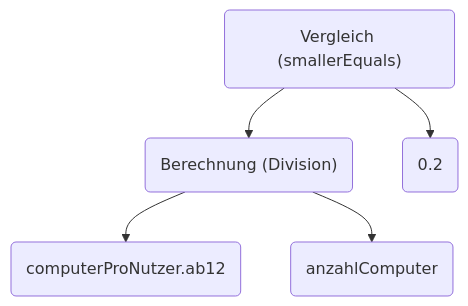
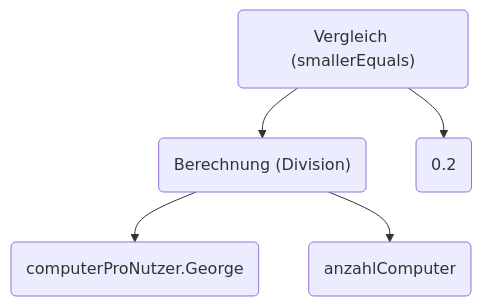
The diagram in docs/3. Komplexere Regeln/08_mathematik.md (educorvi/rita_einfuehrung), drawn with Mermaid before and after one commit. The commit also changed other lines of this file and 10 other files, not shown here.

````diff
--- a/docs/3. Komplexere Regeln/08_mathematik.md
+++ b/docs/3. Komplexere Regeln/08_mathematik.md
@@ -18,8 +18,8 @@
 ```mermaid
 graph
 
 v1("Vergleich (smallerEquals)") --> b("Berechnung (Division)")
 v1 --> p("0.2")
-b --> cpn("computerProNutzer.ab12")
+b --> cpn("computerProNutzer.George")
 b --> ac(anzahlComputer)
 ```
````
